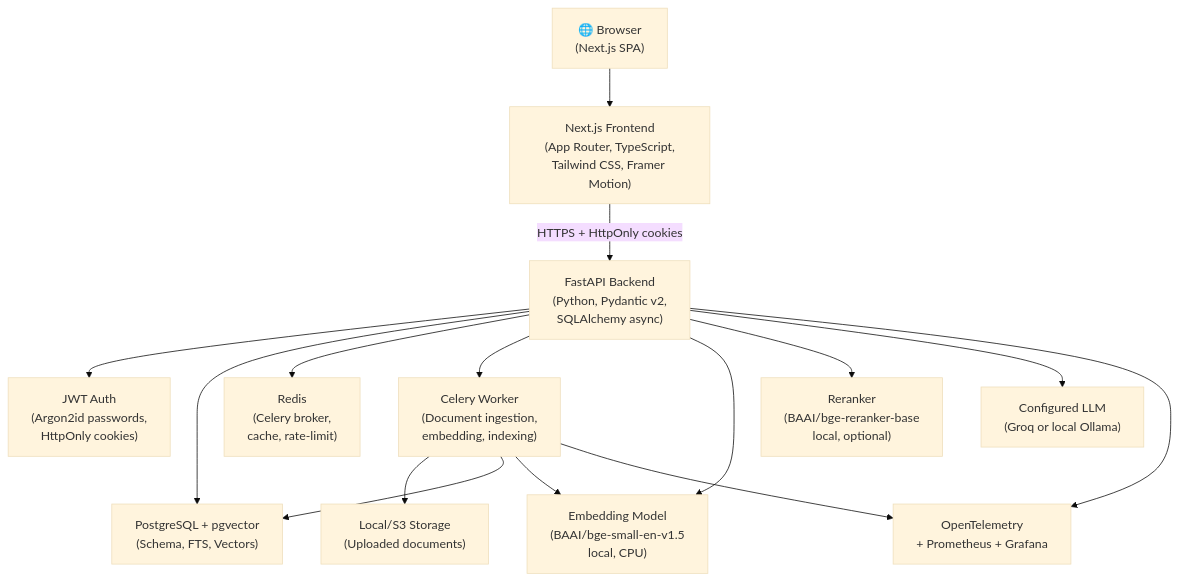
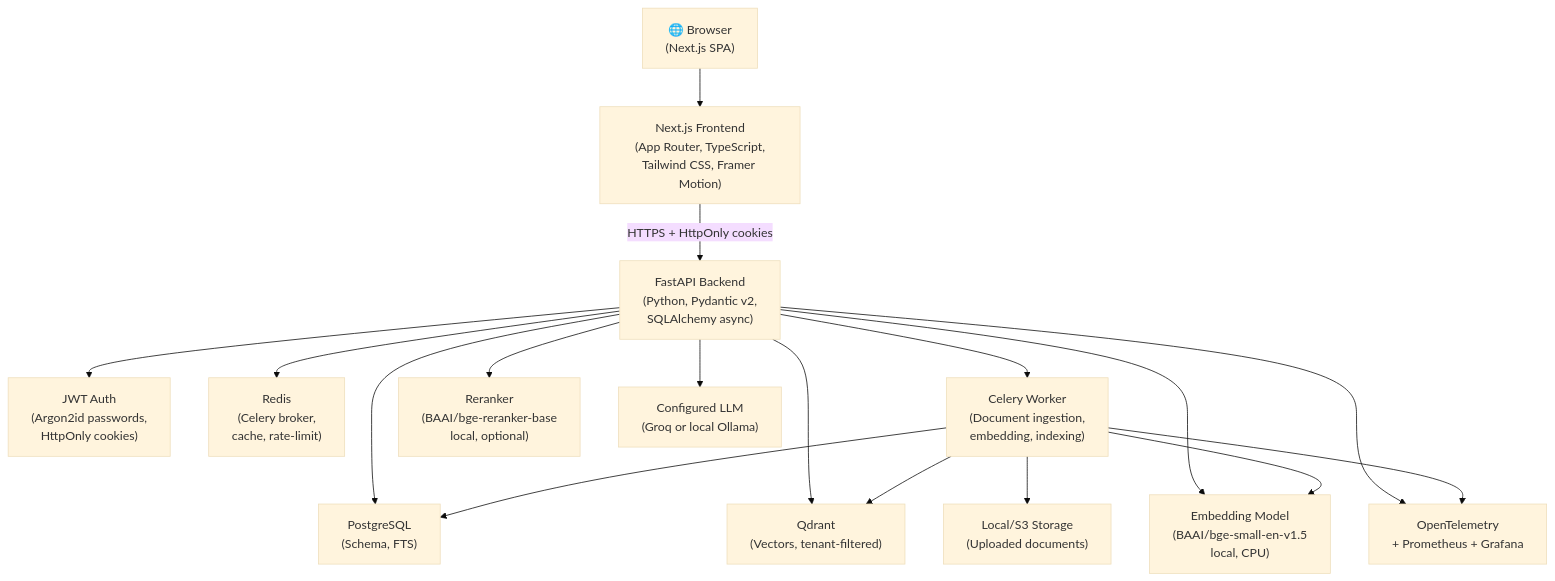
The diagram in docs/architecture/system-overview.md (Abdulhaq6920/FIKRA-AI), drawn with Mermaid (base theme) before and after one commit. The commit also changed other lines of this file and 129 other files, not shown here.

````diff
--- a/docs/architecture/system-overview.md
+++ b/docs/architecture/system-overview.md
@@ -11,30 +11,33 @@
 ```mermaid
 graph TB
     Browser["🌐 Browser\n(Next.js SPA)"]
     Frontend["Next.js Frontend\n(App Router, TypeScript,\nTailwind CSS, Framer Motion)"]
     Backend["FastAPI Backend\n(Python, Pydantic v2,\nSQLAlchemy async)"]
     Auth["JWT Auth\n(Argon2id passwords,\nHttpOnly cookies)"]
-    DB["PostgreSQL + pgvector\n(Schema, FTS, Vectors)"]
+    DB["PostgreSQL\n(Schema, FTS)"]
+    VDB["Qdrant\n(Vectors, tenant-filtered)"]
     Redis["Redis\n(Celery broker,\ncache, rate-limit)"]
     Worker["Celery Worker\n(Document ingestion,\nembedding, indexing)"]
     Storage["Local/S3 Storage\n(Uploaded documents)"]
     Embed["Embedding Model\n(BAAI/bge-small-en-v1.5\nlocal, CPU)"]
     Rerank["Reranker\n(BAAI/bge-reranker-base\nlocal, optional)"]
     LLM["Configured LLM\n(Groq or local Ollama)"]
     Otel["OpenTelemetry\n+ Prometheus + Grafana"]
 
     Browser --> Frontend
     Frontend -->|HTTPS + HttpOnly cookies| Backend
     Backend --> Auth
     Backend --> DB
+    Backend --> VDB
     Backend --> Redis
     Backend --> Worker
     Backend --> Embed
     Backend --> Rerank
     Backend --> LLM
     Worker --> Storage
     Worker --> DB
+    Worker --> VDB
     Worker --> Embed
     Backend --> Otel
     Worker --> Otel
 ```
````
